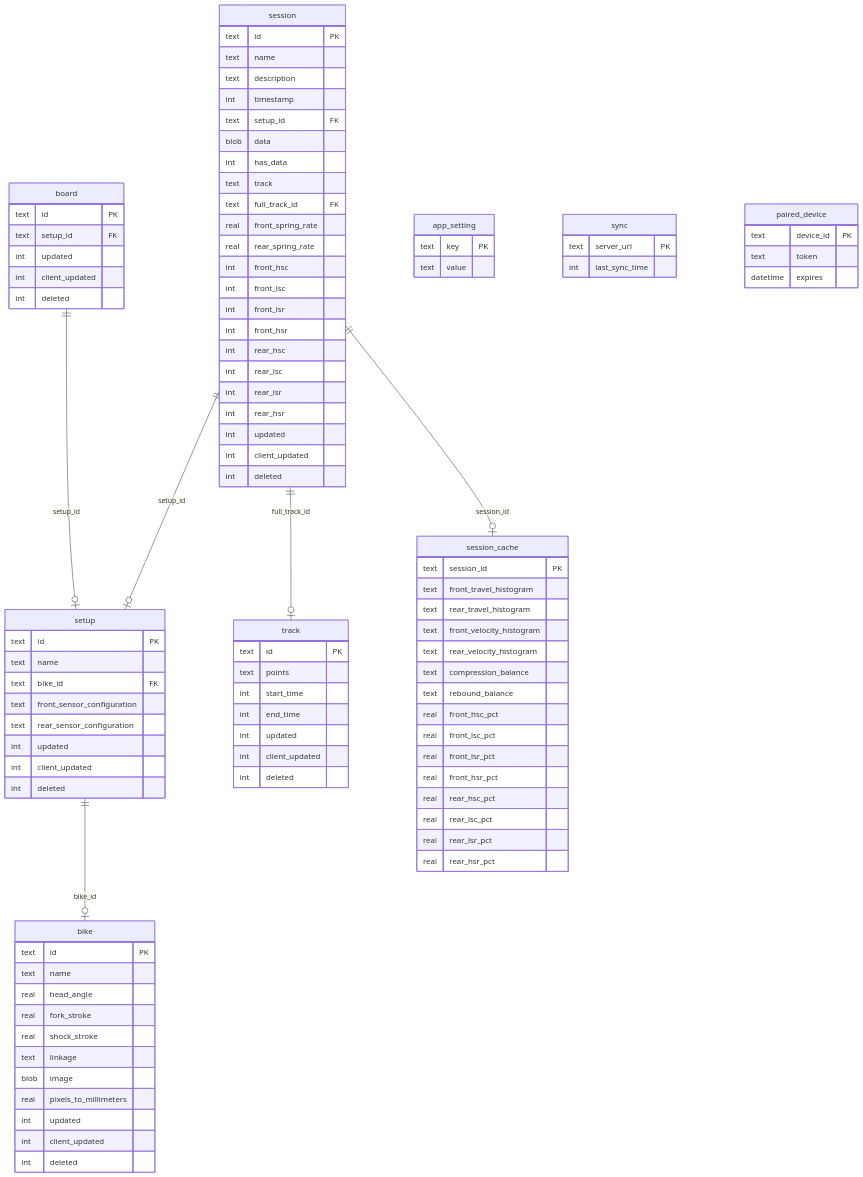
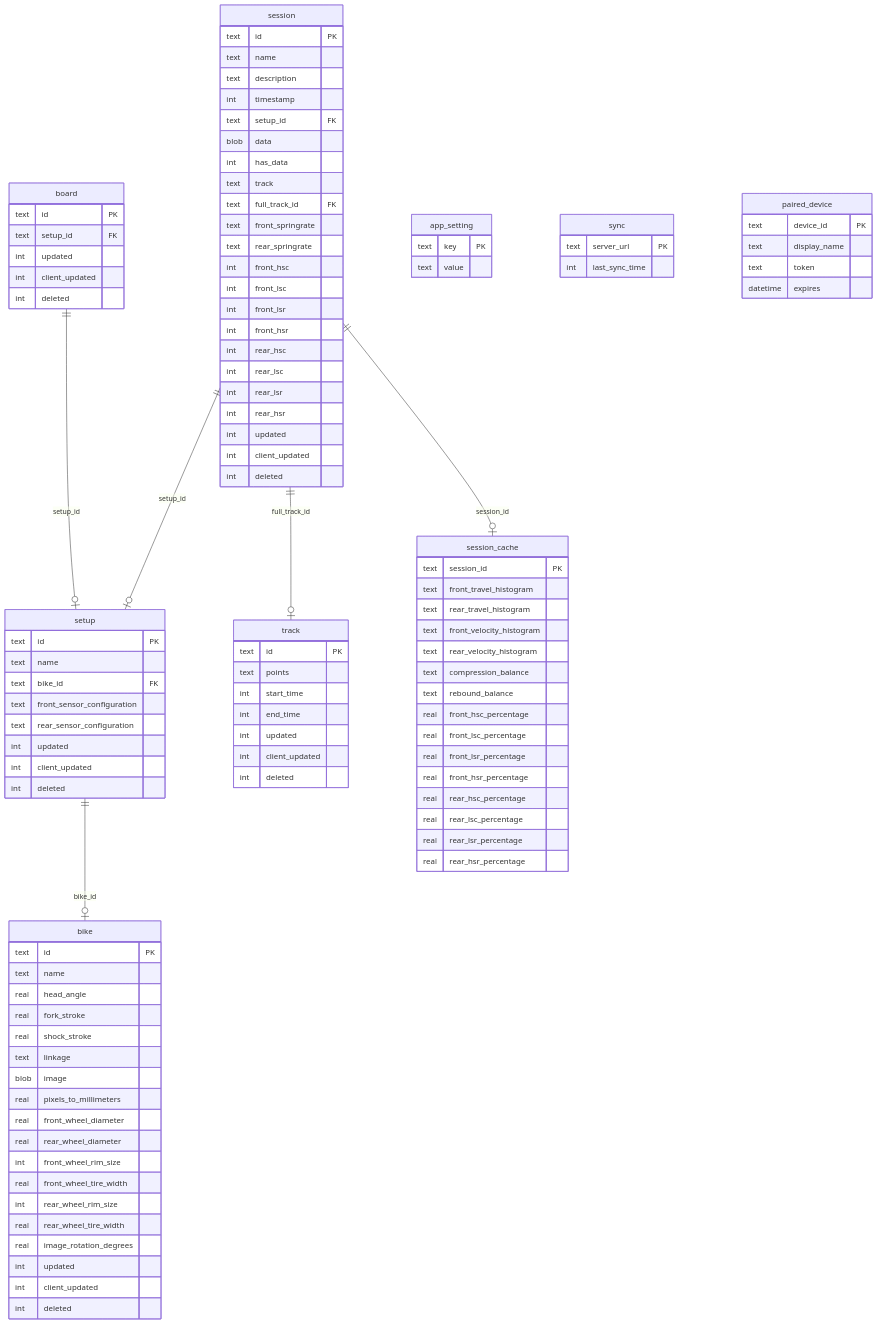
Before and after one commit to MoridinBG/Sufni.app: the diagram in docs/architecture/persistence.md, drawn with Mermaid. The commit also changed other lines of this file and 7 other files, not shown here.

```diff
--- a/docs/architecture/persistence.md
+++ b/docs/architecture/persistence.md
@@ -22,8 +22,8 @@
         int has_data
         text track
         text full_track_id FK
-        real front_spring_rate
-        real rear_spring_rate
+        text front_springrate
+        text rear_springrate
         int front_hsc
         int front_lsc
         int front_lsr
@@ -46,6 +46,13 @@
         text linkage
         blob image
         real pixels_to_millimeters
+        real front_wheel_diameter
+        real rear_wheel_diameter
+        int front_wheel_rim_size
+        real front_wheel_tire_width
+        int rear_wheel_rim_size
+        real rear_wheel_tire_width
+        real image_rotation_degrees
         int updated
         int client_updated
         int deleted
@@ -88,14 +95,14 @@
         text rear_velocity_histogram
         text compression_balance
         text rebound_balance
-        real front_hsc_pct
-        real front_lsc_pct
-        real front_lsr_pct
-        real front_hsr_pct
-        real rear_hsc_pct
-        real rear_lsc_pct
-        real rear_lsr_pct
-        real rear_hsr_pct
+        real front_hsc_percentage
+        real front_lsc_percentage
+        real front_lsr_percentage
+        real front_hsr_percentage
+        real rear_hsc_percentage
+        real rear_lsc_percentage
+        real rear_lsr_percentage
+        real rear_hsr_percentage
     }
 
     app_setting {
@@ -110,6 +117,7 @@
 
     paired_device {
         text device_id PK
+        text display_name
         text token
         datetime expires
     }
```
